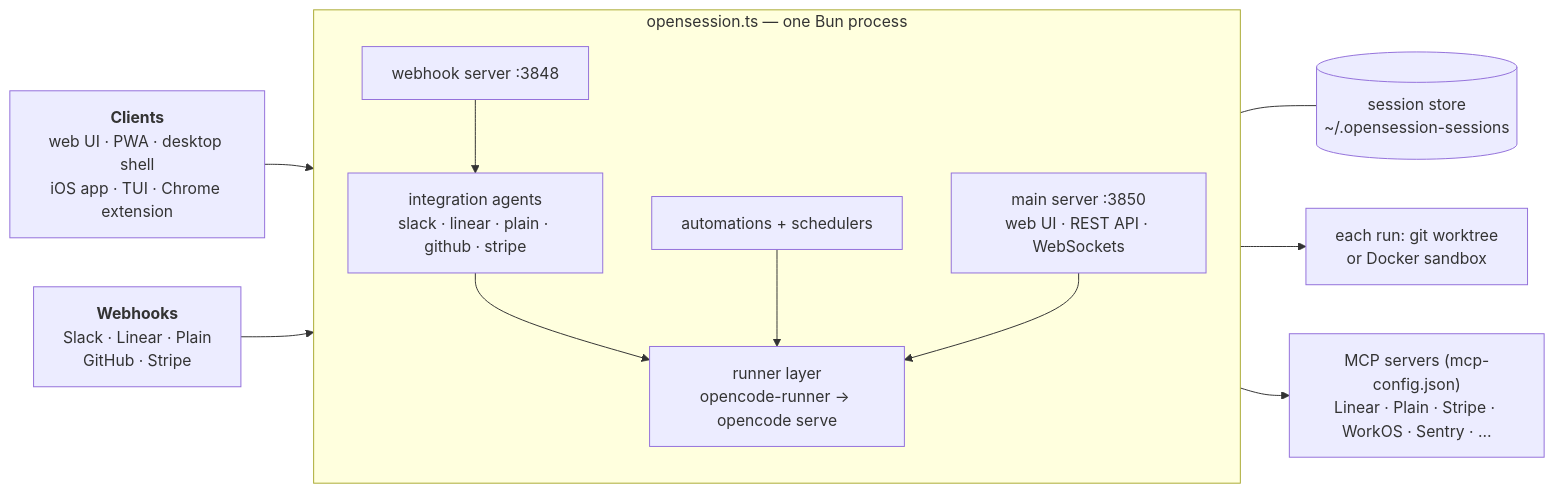
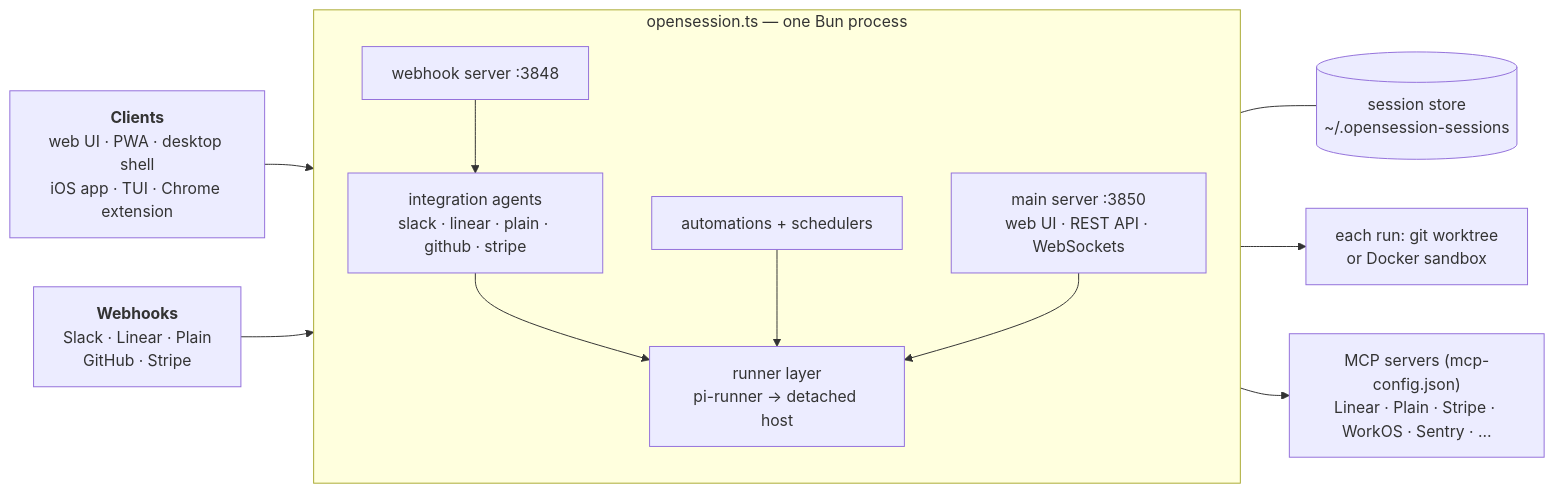
One commit to Recovr-Rehab/opensession changed the diagram in docs/setup/README.md. Above: the diagram before and after it, drawn with Mermaid. The commit also changed other lines of this file and 271 other files, not shown here.

````diff
--- a/docs/setup/README.md
+++ b/docs/setup/README.md
@@ -23,24 +23,24 @@
 ```mermaid
 flowchart LR
   clients["<b>Clients</b><br/>web UI · PWA · desktop shell<br/>iOS app · TUI · Chrome extension"]
   hooks["<b>Webhooks</b><br/>Slack · Linear · Plain<br/>GitHub · Stripe"]
 
   subgraph bun["opensession.ts — one Bun process"]
     direction TB
     http["main server :3850<br/>web UI · REST API · WebSockets"]
     wh["webhook server :3848"]
     agents["integration agents<br/>slack · linear · plain · github · stripe"]
     autos["automations + schedulers"]
-    runner["runner layer<br/>opencode-runner → opencode serve"]
+    runner["runner layer<br/>pi-runner → detached host"]
     wh --> agents
     agents --> runner
     autos --> runner
     http --> runner
   end
 
   clients --> http
   hooks --> wh
   http --- store[("session store<br/>~/.opensession-sessions")]
   runner --> exec["each run: git worktree<br/>or Docker sandbox"]
   runner --> mcp["MCP servers (mcp-config.json)<br/>Linear · Plain · Stripe · WorkOS · Sentry · …"]
 ```
````
